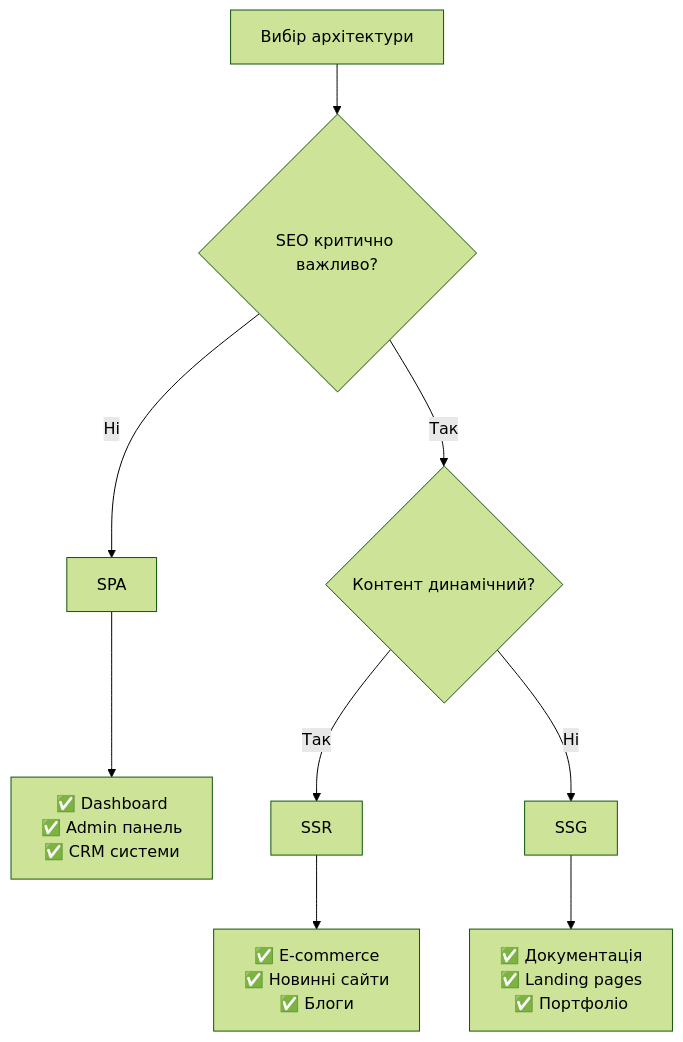
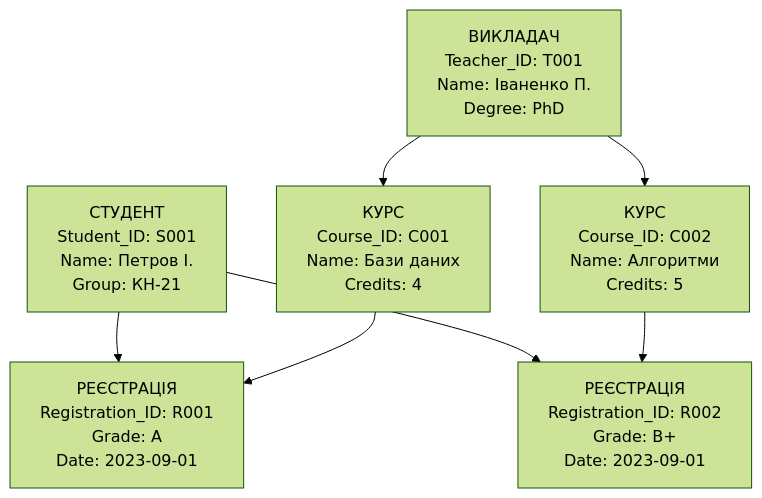
The seventh of 12 diagrams in docs/lectures/lecture-01.md (olroi421/course-bd), drawn with Mermaid (forest theme) before and after one commit. The commit also changed other lines of this file and 1 other file, not shown here.

````diff
--- a/docs/lectures/lecture-01.md
+++ b/docs/lectures/lecture-01.md
@@ -1001,15 +808,14 @@
 ```mermaid
-flowchart TD
-    A[Вибір архітектури] --> B{SEO критично важливо?}
+graph TD
+    A[СТУДЕНТ<br/>Student_ID: S001<br/>Name: Петров І.<br/>Group: КН-21] --> B[РЕЄСТРАЦІЯ<br/>Registration_ID: R001<br/>Grade: A<br/>Date: 2023-09-01]
 
-    B -->|Ні| C[SPA]
-    B -->|Так| D{Контент динамічний?}
+    C[КУРС<br/>Course_ID: C001<br/>Name: Бази даних<br/>Credits: 4] --> B
 
-    C --> G[✅ Dashboard<br/>✅ Admin панель<br/>✅ CRM системи]
+    D[ВИКЛАДАЧ<br/>Teacher_ID: T001<br/>Name: Іваненко П.<br/>Degree: PhD] --> C
 
-    D -->|Так| E[SSR]
-    D -->|Ні| F[SSG]
+    A --> E[РЕЄСТРАЦІЯ<br/>Registration_ID: R002<br/>Grade: B+<br/>Date: 2023-09-01]
 
-    E --> H[✅ E-commerce<br/>✅ Новинні сайти<br/>✅ Блоги]
-    F --> I[✅ Документація<br/>✅ Landing pages<br/>✅ Портфоліо]
+    F[КУРС<br/>Course_ID: C002<br/>Name: Алгоритми<br/>Credits: 5] --> E
+
+    D --> F
 ```
````
